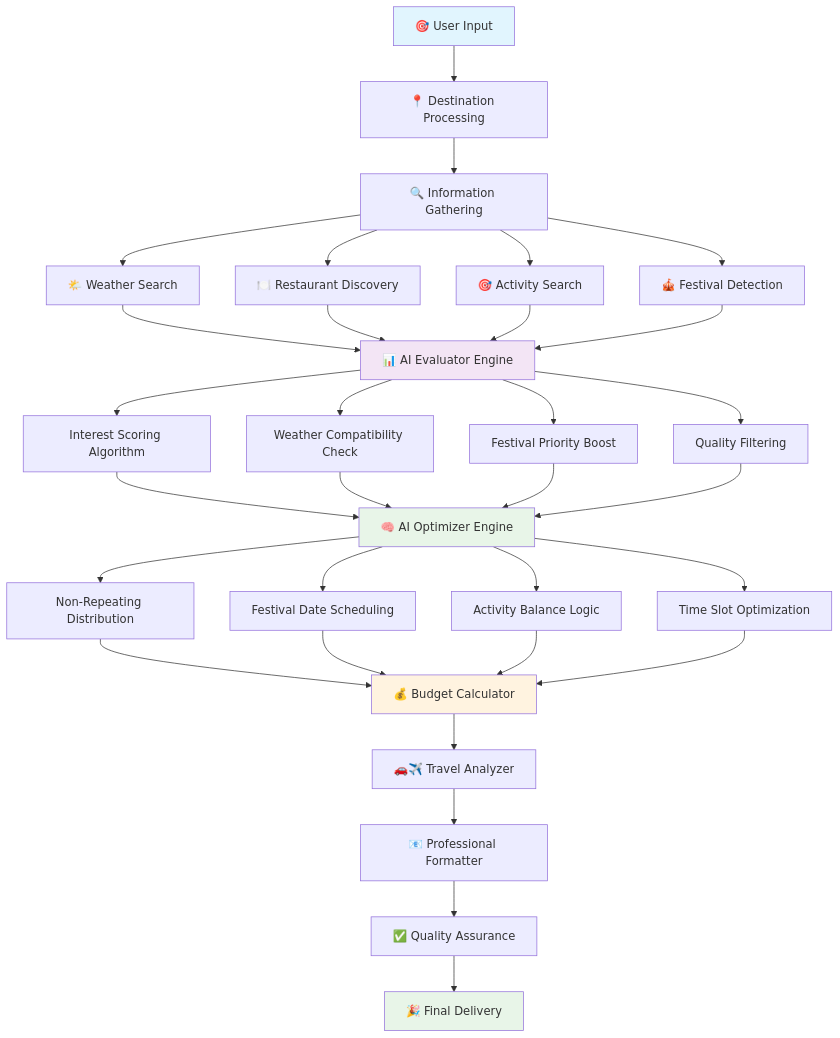
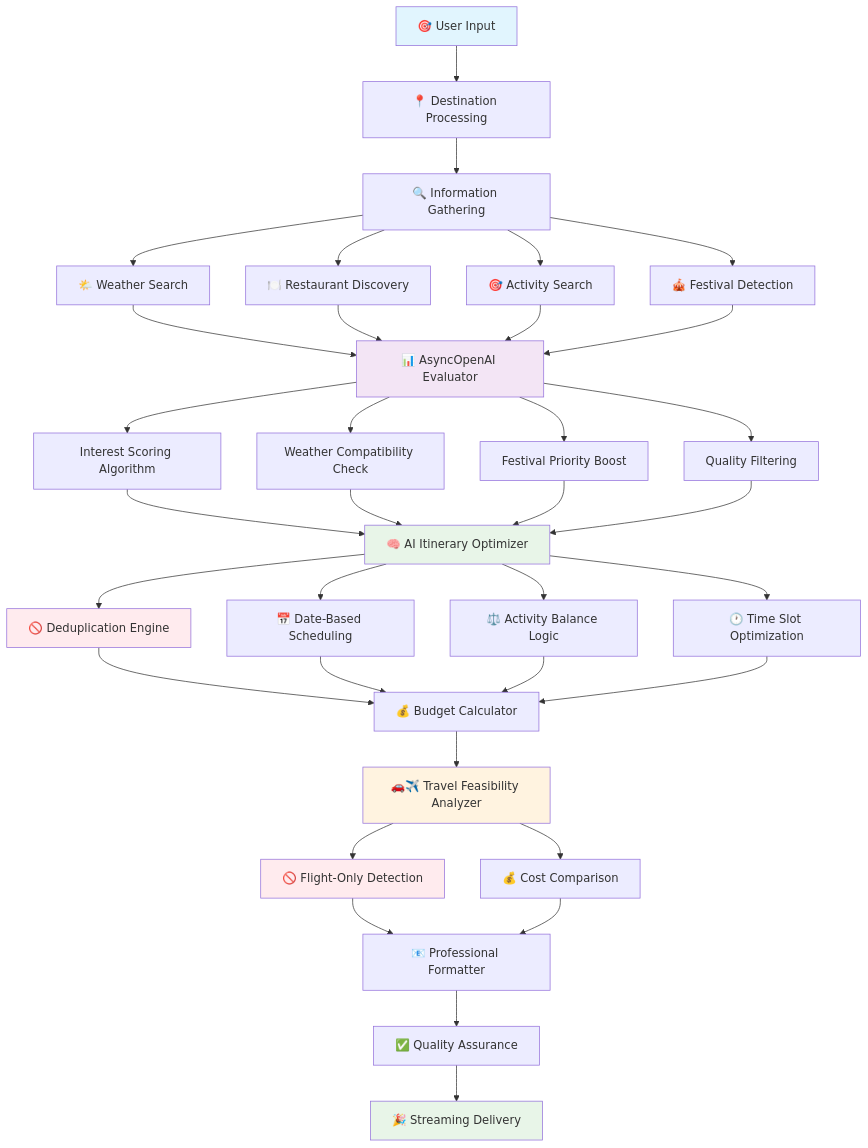
The diagram in README.md (reedba/Smart-Trip-Scout-AI-OpenAI-sdk), drawn with Mermaid before and after one commit. The commit also changed other lines of this file and 7 other files, not shown here.

````diff
--- a/README.md
+++ b/README.md
@@ -87,46 +90,52 @@
 ```mermaid
 graph TD
     A[🎯 User Input] --> B[📍 Destination Processing]
     B --> C[🔍 Information Gathering]
     
     C --> D[🌤️ Weather Search]
     C --> E[🍽️ Restaurant Discovery]
     C --> F[🎯 Activity Search]
     C --> G[🎪 Festival Detection]
     
-    D --> H[📊 AI Evaluator Engine]
+    D --> H[📊 AsyncOpenAI Evaluator]
     E --> H
     F --> H
     G --> H
     
     H --> I[Interest Scoring Algorithm]
     H --> J[Weather Compatibility Check]
     H --> K[Festival Priority Boost]
     H --> L[Quality Filtering]
     
-    I --> M[🧠 AI Optimizer Engine]
+    I --> M[🧠 AI Itinerary Optimizer]
     J --> M
     K --> M
     L --> M
     
-    M --> N[Non-Repeating Distribution]
-    M --> O[Festival Date Scheduling]
-    M --> P[Activity Balance Logic]
-    M --> Q[Time Slot Optimization]
+    M --> N[🚫 Deduplication Engine]
+    M --> O[📅 Date-Based Scheduling]
+    M --> P[⚖️ Activity Balance Logic]
+    M --> Q[🕐 Time Slot Optimization]
     
     N --> R[💰 Budget Calculator]
     O --> R
     P --> R
     Q --> R
     
-    R --> S[🚗✈️ Travel Analyzer]
-    S --> T[📧 Professional Formatter]
-    T --> U[✅ Quality Assurance]
-    U --> V[🎉 Final Delivery]
+    R --> S[🚗✈️ Travel Feasibility Analyzer]
+    S --> T[🚫 Flight-Only Detection]
+    S --> U[💰 Cost Comparison]
+    
+    T --> V[📧 Professional Formatter]
+    U --> V
+    V --> W[✅ Quality Assurance]
+    W --> X[🎉 Streaming Delivery]
     
     style A fill:#e1f5fe
     style H fill:#f3e5f5
     style M fill:#e8f5e8
-    style R fill:#fff3e0
-    style V fill:#e8f5e8
+    style N fill:#ffebee
+    style S fill:#fff3e0
+    style T fill:#ffebee
+    style X fill:#e8f5e8
 ```
````
